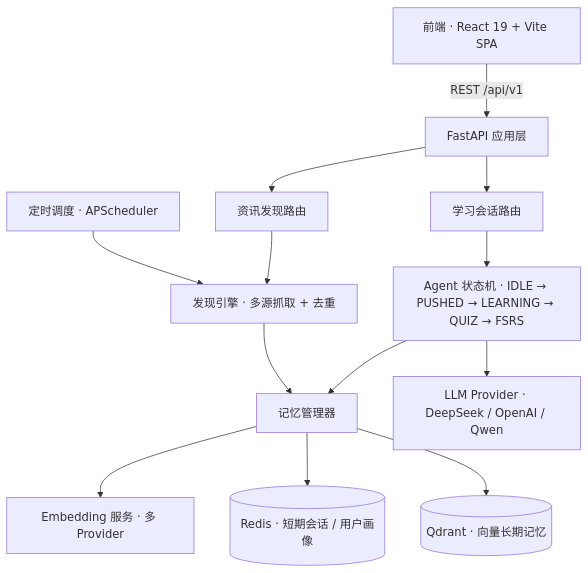
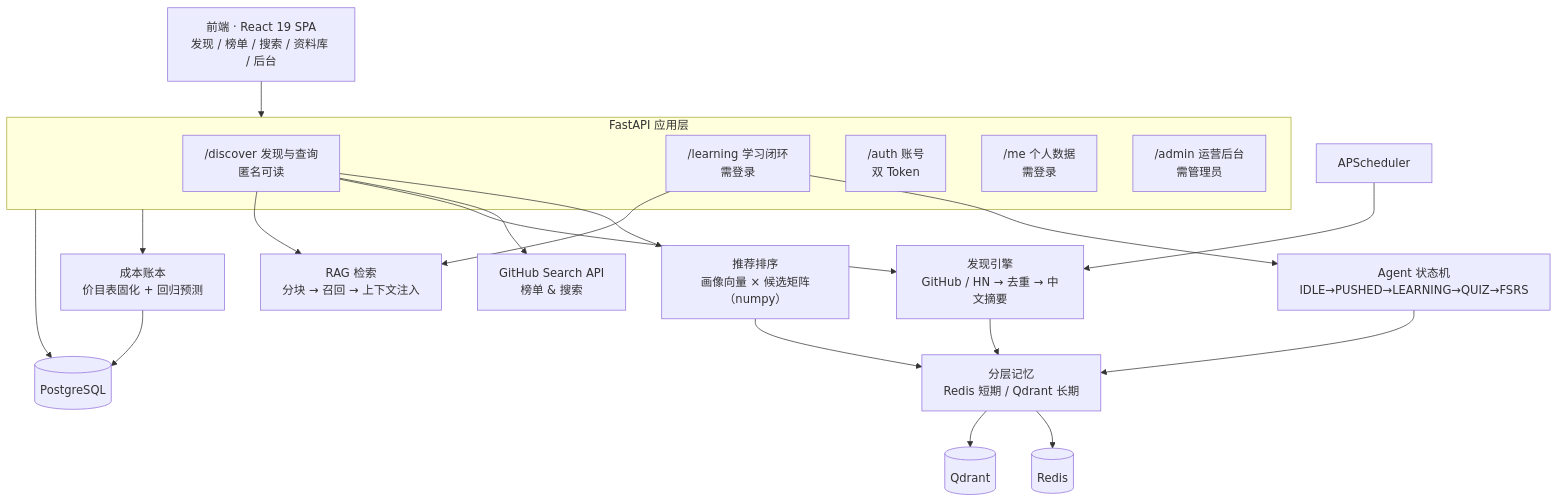
One commit to LOve-LaQ/ILO-Agent changed the diagram in README.md. Above: the diagram before and after it, drawn with Mermaid. The commit also changed other lines of this file and 3 other files, not shown here.

First line of the commit message:
docs: 按当前能力重写 README，补榜单与搜索截图

````diff
--- a/README.md
+++ b/README.md
@@ -104,15 +109,38 @@
 ```mermaid
 flowchart TB
-    UI["前端 · React 19 + Vite SPA"] -->|"REST /api/v1"| API["FastAPI 应用层"]
-    API --> DISC["资讯发现路由"]
-    API --> LEARN["学习会话路由"]
-    SCH["定时调度 · APScheduler"] --> ENGINE["发现引擎 · 多源抓取 + 去重"]
-    DISC --> ENGINE
-    ENGINE --> MEM["记忆管理器"]
-    LEARN --> SM["Agent 状态机 · IDLE → PUSHED → LEARNING → QUIZ → FSRS"]
+    UI["前端 · React 19 SPA<br/>发现 / 榜单 / 搜索 / 资料库 / 后台"]
+
+    subgraph API["FastAPI 应用层"]
+        D["/discover 发现与查询<br/>匿名可读"]
+        L["/learning 学习闭环<br/>需登录"]
+        A["/auth 账号<br/>双 Token"]
+        M["/me 个人数据<br/>需登录"]
+        ADM["/admin 运营后台<br/>需管理员"]
+    end
+
+    DISC["发现引擎<br/>GitHub / HN → 去重 → 中文摘要"]
+    GH["GitHub Search API<br/>榜单 & 搜索"]
+    REC["推荐排序<br/>画像向量 × 候选矩阵（numpy）"]
+    SM["Agent 状态机<br/>IDLE→PUSHED→LEARNING→QUIZ→FSRS"]
+    RAG["RAG 检索<br/>分块 → 召回 → 上下文注入"]
+    MEM["分层记忆<br/>Redis 短期 / Qdrant 长期"]
+    COST["成本账本<br/>价目表固化 + 回归预测"]
+
+    SCH["APScheduler"] --> DISC
+    UI --> API
+    D --> REC
+    D --> GH
+    D --> DISC
+    D --> RAG
+    L --> SM
+    L --> RAG
     SM --> MEM
-    SM --> LLM["LLM Provider · DeepSeek / OpenAI / Qwen"]
-    MEM --> EMB["Embedding 服务 · 多 Provider"]
-    MEM --> REDIS[("Redis · 短期会话 / 用户画像")]
-    MEM --> QDRANT[("Qdrant · 向量长期记忆")]
+    REC --> MEM
+    DISC --> MEM
+    API --> COST
+
+    MEM --> R[("Redis")]
+    MEM --> Q[("Qdrant")]
+    API --> P[("PostgreSQL")]
+    COST --> P
 ```
````
